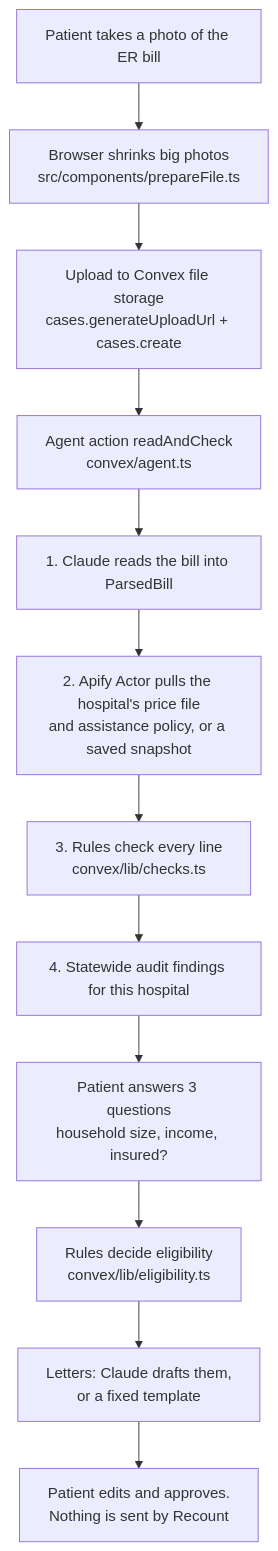
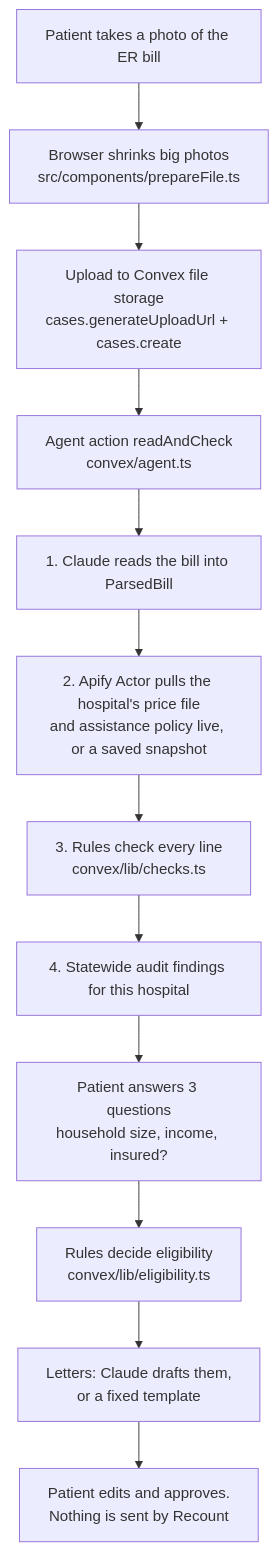
One commit to VolodymyrLinuxovich/recount changed the diagram in docs/HOW-IT-WORKS.md. Above: the diagram before and after it, drawn with Mermaid. The commit also changed other lines of this file and 1 other file, not shown here.

````diff
--- a/docs/HOW-IT-WORKS.md
+++ b/docs/HOW-IT-WORKS.md
@@ -7,14 +7,14 @@
 ```mermaid
 flowchart TD
   A[Patient takes a photo of the ER bill] --> B[Browser shrinks big photos<br/>src/components/prepareFile.ts]
   B --> C[Upload to Convex file storage<br/>cases.generateUploadUrl + cases.create]
   C --> D[Agent action readAndCheck<br/>convex/agent.ts]
   D --> D1[1. Claude reads the bill into ParsedBill]
-  D1 --> D2[2. Apify Actor pulls the hospital's price file<br/>and assistance policy, or a saved snapshot]
+  D1 --> D2[2. Apify Actor pulls the hospital's price file<br/>and assistance policy live, or a saved snapshot]
   D2 --> D3[3. Rules check every line<br/>convex/lib/checks.ts]
   D3 --> D4[4. Statewide audit findings for this hospital]
   D4 --> E[Patient answers 3 questions<br/>household size, income, insured?]
   E --> F[Rules decide eligibility<br/>convex/lib/eligibility.ts]
   F --> G[Letters: Claude drafts them,<br/>or a fixed template]
   G --> H[Patient edits and approves.<br/>Nothing is sent by Recount]
 ```
````
